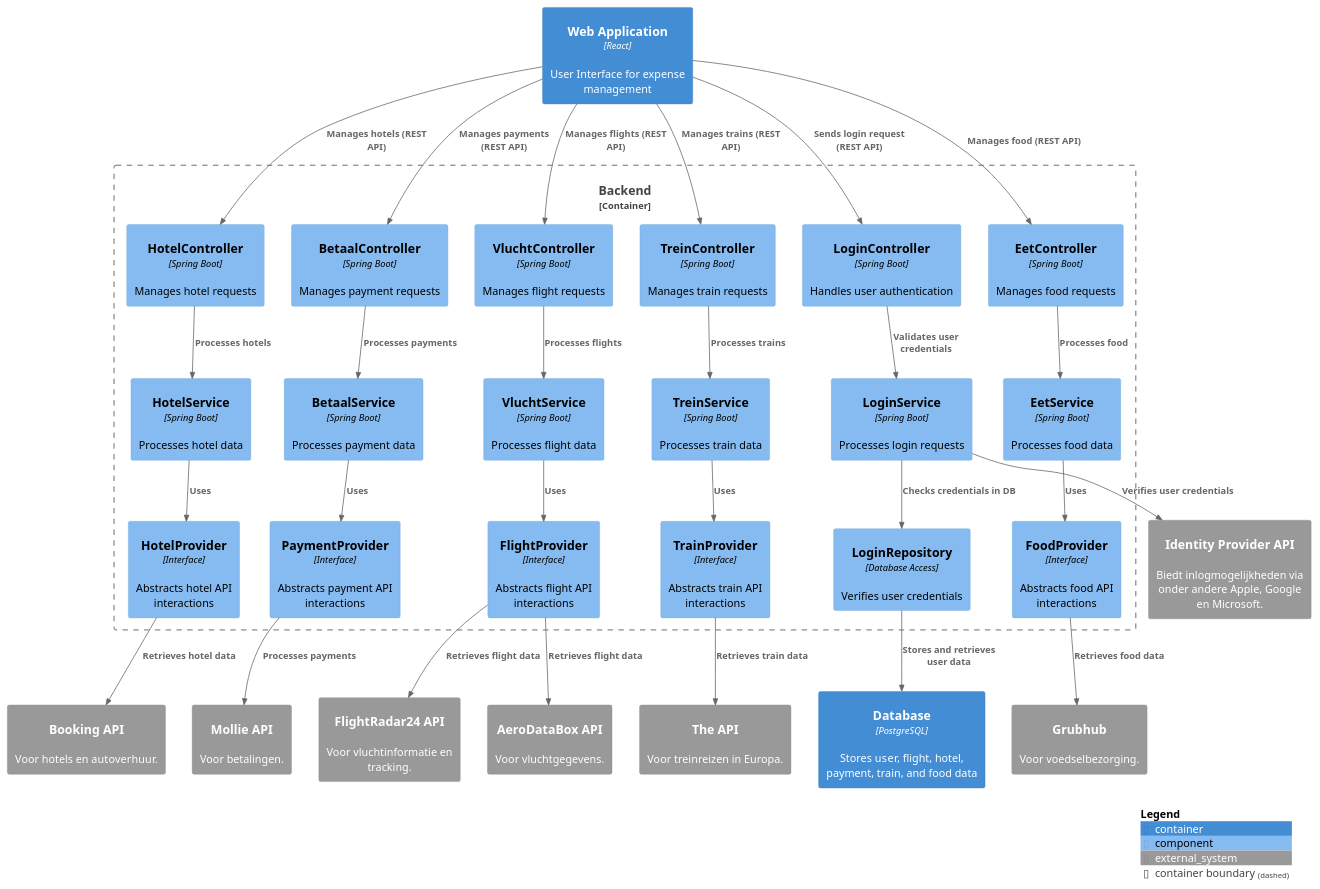
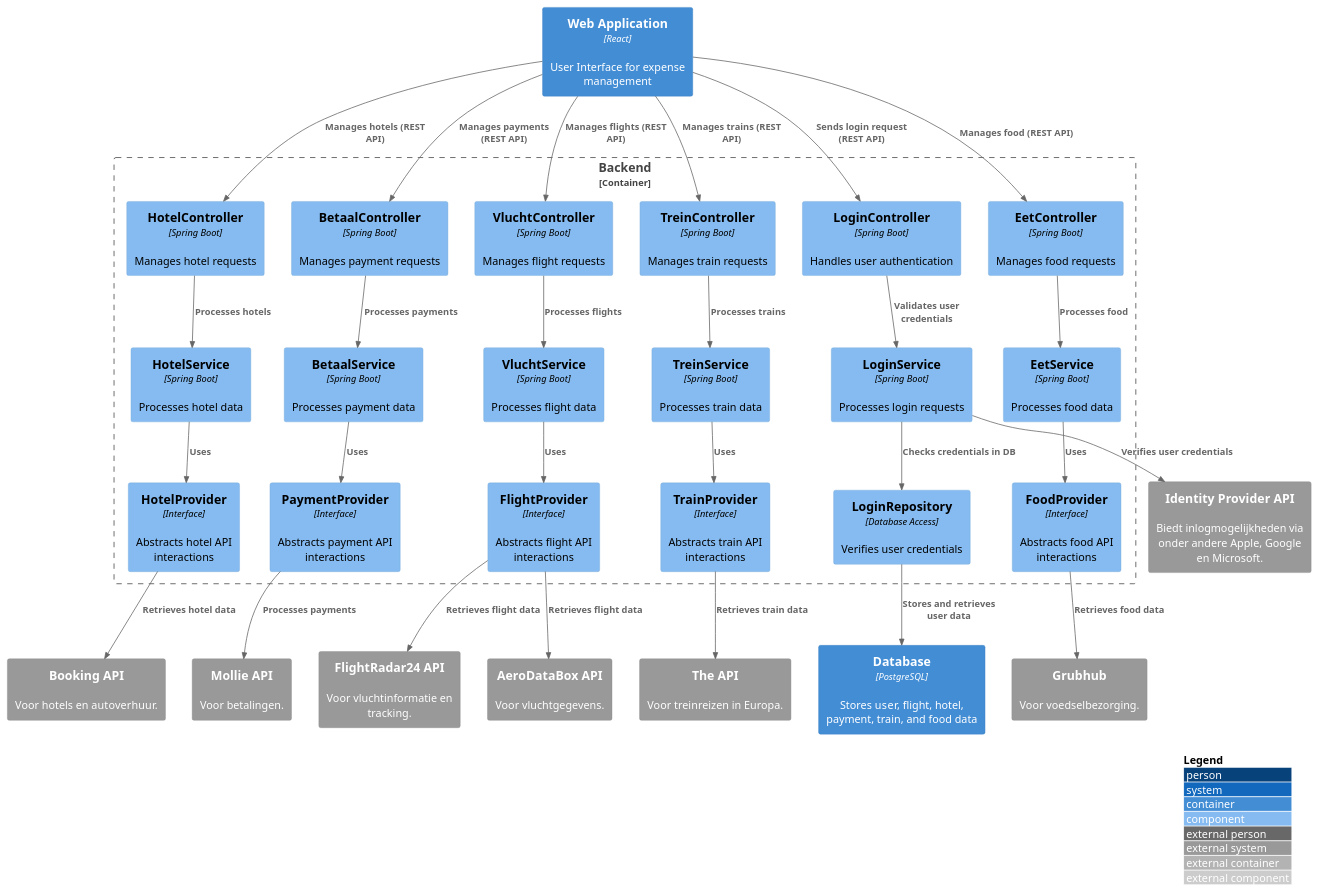
The diagram in component-diagram.puml (AIM-ENE-feb25/triptop-groep-b2), drawn with PlantUML before and after one commit. The commit also changed 4 other files, not shown here.

Commit message:
updated diagrams

```diff
--- a/component-diagram.puml
+++ b/component-diagram.puml
@@ -1,86 +1,86 @@
 @startuml
 !include https://raw.githubusercontent.com/plantuml-stdlib/C4-PlantUML/master/C4_Component.puml
 
 skinparam {
     rectangle {
         StereotypeFontSize 0
         StereotypeFontColor white
     }
 }
 
 top to bottom direction
+
+LAYOUT_WITH_LEGEND()
 
 Container(WebApp, "Web Application", "React", "User Interface for expense management")
 
 Container_Boundary(Backend, "Backend") {
     Component(login_controller, "LoginController", "Spring Boot", "Handles user authentication")
     Component(login_service, "LoginService", "Spring Boot", "Processes login requests")
     Component(login_repository, "LoginRepository", "Database Access", "Verifies user credentials")
 
     Component(hotel_controller, "HotelController", "Spring Boot", "Manages hotel requests")
     Component(hotel_service, "HotelService", "Spring Boot", "Processes hotel data")
     Component(hotel_provider, "HotelProvider", "Interface", "Abstracts hotel API interactions")
 
     Component(betaal_controller, "BetaalController", "Spring Boot", "Manages payment requests")
     Component(betaal_service, "BetaalService", "Spring Boot", "Processes payment data")
     Component(payment_provider, "PaymentProvider", "Interface", "Abstracts payment API interactions")
 
     Component(vlucht_controller, "VluchtController", "Spring Boot", "Manages flight requests")
     Component(vlucht_service, "VluchtService", "Spring Boot", "Processes flight data")
     Component(flight_provider, "FlightProvider", "Interface", "Abstracts flight API interactions")
 
     Component(trein_controller, "TreinController", "Spring Boot", "Manages train requests")
     Component(trein_service, "TreinService", "Spring Boot", "Processes train data")
     Component(train_provider, "TrainProvider", "Interface", "Abstracts train API interactions")
 
     Component(eet_controller, "EetController", "Spring Boot", "Manages food requests")
     Component(eet_service, "EetService", "Spring Boot", "Processes food data")
     Component(food_provider, "FoodProvider", "Interface", "Abstracts food API interactions")
 }
 
 Container(Database, "Database", "PostgreSQL", "Stores user, flight, hotel, payment, train, and food data")
 
 System_Ext(identity_provider_api, "Identity Provider API", "Biedt inlogmogelijkheden via onder andere Apple, Google en Microsoft.")
 System_Ext(demand_api, "Booking API", "Voor hotels en autoverhuur.")
 System_Ext(mollie_api, "Mollie API", "Voor betalingen.")
 System_Ext(all_aboard_api, "The API", "Voor treinreizen in Europa.")
 System_Ext(flight_api, "AeroDataBox API", "Voor vluchtgegevens.")
 System_Ext(flight_radar_api, "FlightRadar24 API", "Voor vluchtinformatie en tracking.")
 System_Ext(grubhub_api, "Grubhub", "Voor voedselbezorging.")
 
 Rel(WebApp, login_controller, "Sends login request (REST API)")
 Rel(WebApp, vlucht_controller, "Manages flights (REST API)")
 Rel(WebApp, hotel_controller, "Manages hotels (REST API)")
 Rel(WebApp, betaal_controller, "Manages payments (REST API)")
 Rel(WebApp, trein_controller, "Manages trains (REST API)")
 Rel(WebApp, eet_controller, "Manages food (REST API)")
 
 Rel(login_controller, login_service, "Validates user credentials")
 Rel(vlucht_controller, vlucht_service, "Processes flights")
 Rel(hotel_controller, hotel_service, "Processes hotels")
 Rel(betaal_controller, betaal_service, "Processes payments")
 Rel(trein_controller, trein_service, "Processes trains")
 Rel(eet_controller, eet_service, "Processes food")
 
 Rel(login_service, login_repository, "Checks credentials in DB")
 Rel(login_repository, Database, "Stores and retrieves user data")
 Rel(login_service, identity_provider_api, "Verifies user credentials")
 
 Rel(vlucht_service, flight_provider, "Uses")
 Rel(flight_provider, flight_api, "Retrieves flight data")
 Rel(flight_provider, flight_radar_api, "Retrieves flight data")
 
 Rel(hotel_service, hotel_provider, "Uses")
 Rel(hotel_provider, demand_api, "Retrieves hotel data")
 
 Rel(betaal_service, payment_provider, "Uses")
 Rel(payment_provider, mollie_api, "Processes payments")
 
 Rel(trein_service, train_provider, "Uses")
 Rel(train_provider, all_aboard_api, "Retrieves train data")
 
 Rel(eet_service, food_provider, "Uses")
 Rel(food_provider, grubhub_api, "Retrieves food data")
-
-SHOW_LEGEND(TRUE)
 @enduml
```
